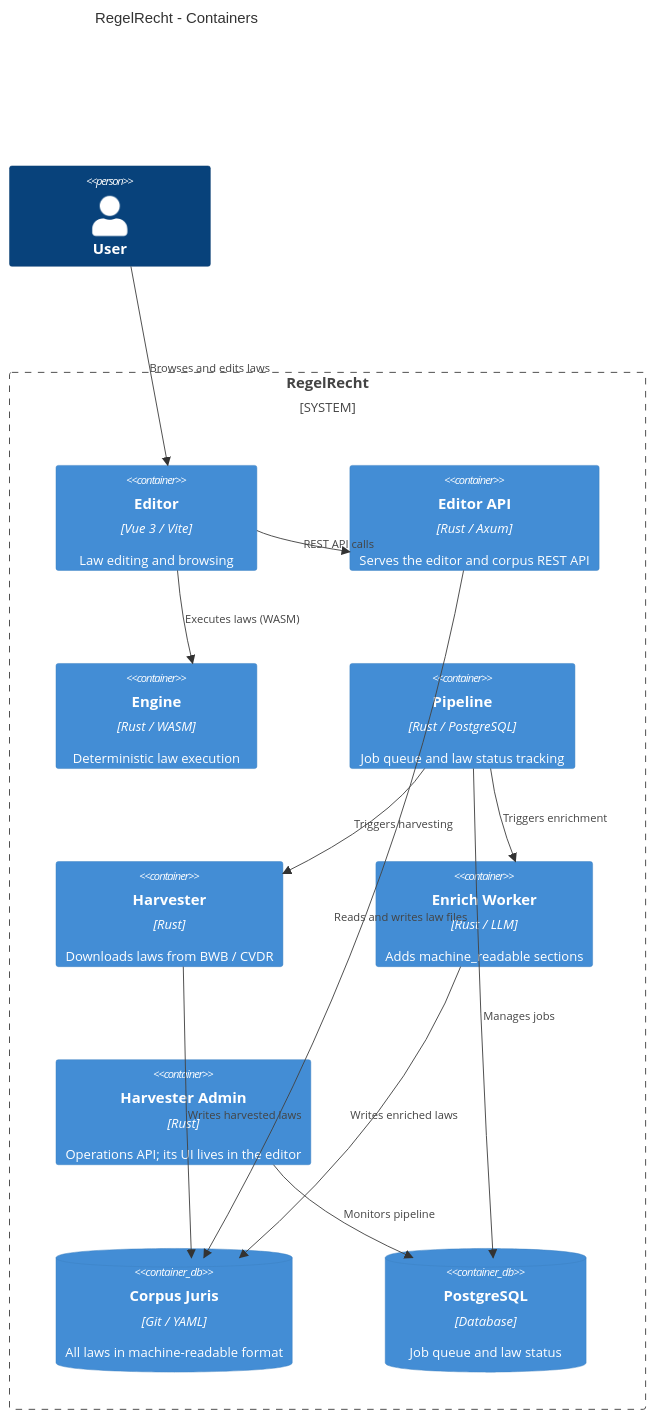
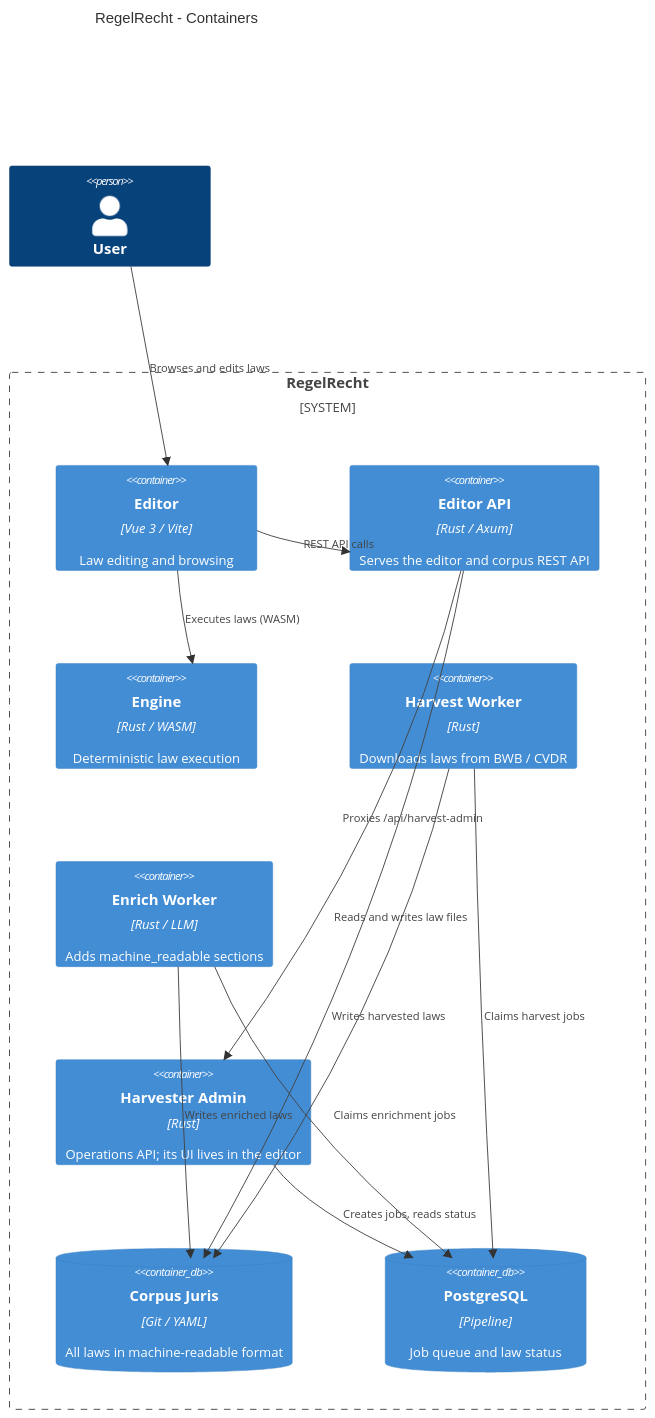
Before and after one commit to MinBZK/regelrecht: the second of 2 diagrams in docs/src/content/docs/guide/architecture.md, drawn with Mermaid. The commit also changed other lines of this file and 8 other files, not shown here.

````diff
--- a/docs/src/content/docs/guide/architecture.md
+++ b/docs/src/content/docs/guide/architecture.md
@@ -29,29 +29,28 @@
 ```mermaid
 C4Container
     title RegelRecht - Containers
 
     Person(user, "User")
 
     System_Boundary(rr, "RegelRecht") {
         Container(editor, "Editor", "Vue 3 / Vite", "Law editing and browsing")
         Container(editorapi, "Editor API", "Rust / Axum", "Serves the editor and corpus REST API")
         Container(engine, "Engine", "Rust / WASM", "Deterministic law execution")
-        Container(pipeline, "Pipeline", "Rust / PostgreSQL", "Job queue and law status tracking")
-        Container(harvester, "Harvester", "Rust", "Downloads laws from BWB / CVDR")
+        Container(harvester, "Harvest Worker", "Rust", "Downloads laws from BWB / CVDR")
         Container(enrich, "Enrich Worker", "Rust / LLM", "Adds machine_readable sections")
         Container(admin, "Harvester Admin", "Rust", "Operations API; its UI lives in the editor")
         ContainerDb(corpus, "Corpus Juris", "Git / YAML", "All laws in machine-readable format")
-        ContainerDb(db, "PostgreSQL", "Database", "Job queue and law status")
+        ContainerDb(db, "PostgreSQL", "Pipeline", "Job queue and law status")
     }
 
     Rel(user, editor, "Browses and edits laws")
     Rel(editor, editorapi, "REST API calls")
     Rel(editor, engine, "Executes laws (WASM)")
     Rel(editorapi, corpus, "Reads and writes law files")
+    Rel(editorapi, admin, "Proxies /api/harvest-admin")
+    Rel(admin, db, "Creates jobs, reads status")
+    Rel(harvester, db, "Claims harvest jobs")
+    Rel(enrich, db, "Claims enrichment jobs")
     Rel(harvester, corpus, "Writes harvested laws")
     Rel(enrich, corpus, "Writes enriched laws")
-    Rel(pipeline, db, "Manages jobs")
-    Rel(pipeline, harvester, "Triggers harvesting")
-    Rel(pipeline, enrich, "Triggers enrichment")
-    Rel(admin, db, "Monitors pipeline")
 ```
````
